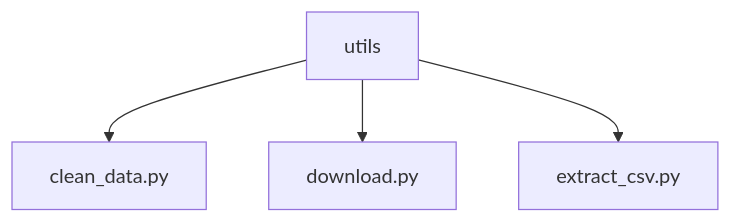
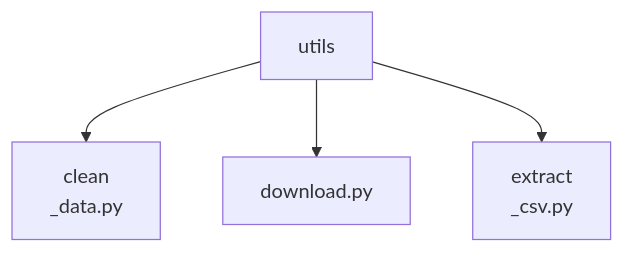
One commit to Mathatou/Data_Python changed the first of 3 diagrams in README.md. Above: the diagram before and after it, drawn with Mermaid. The commit also changed other lines of this file, not shown here.

Commit message:
test de graphique plus lisible

````diff
--- a/README.md
+++ b/README.md
@@ -31,8 +31,8 @@
 ```mermaid
 %% Section 1 : utils
 graph TD
     B[utils]
-    B --> B1[clean_data.py]
+    B --> B1[clean<br>_data.py]
     B --> B2[download.py]
-    B --> B3[extract_csv.py]
+    B --> B3[extract<br>_csv.py]
 ```
````
